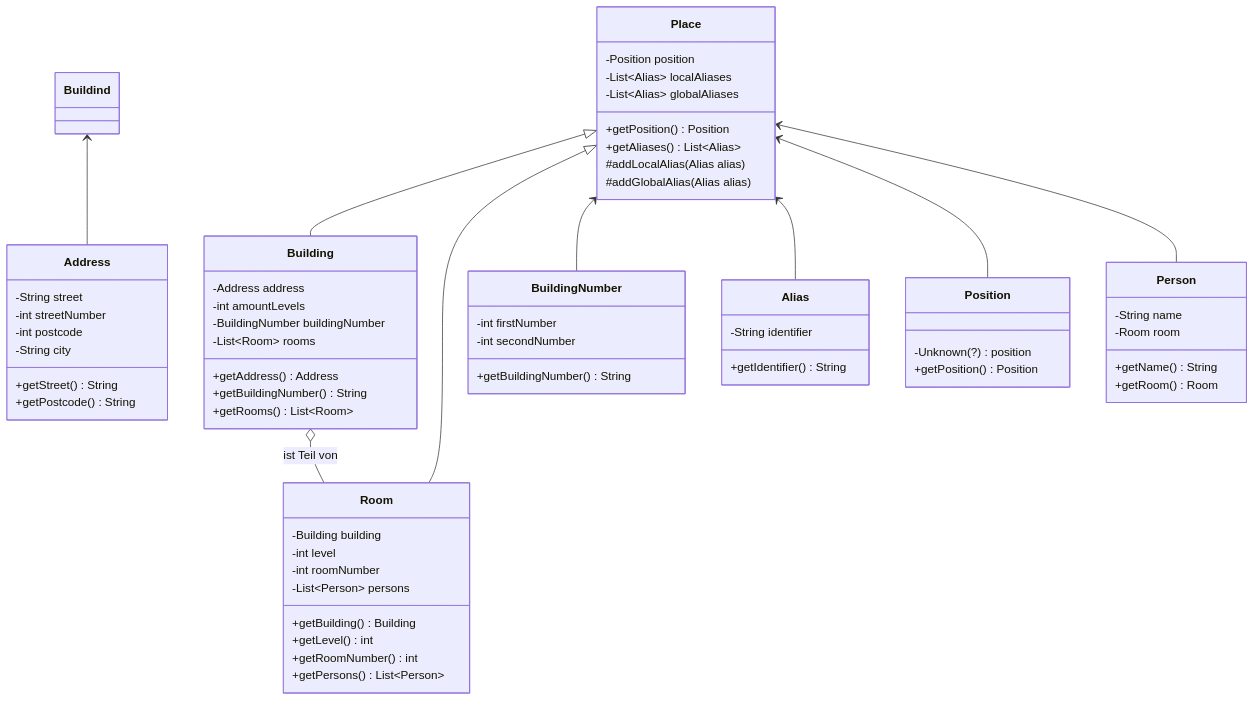
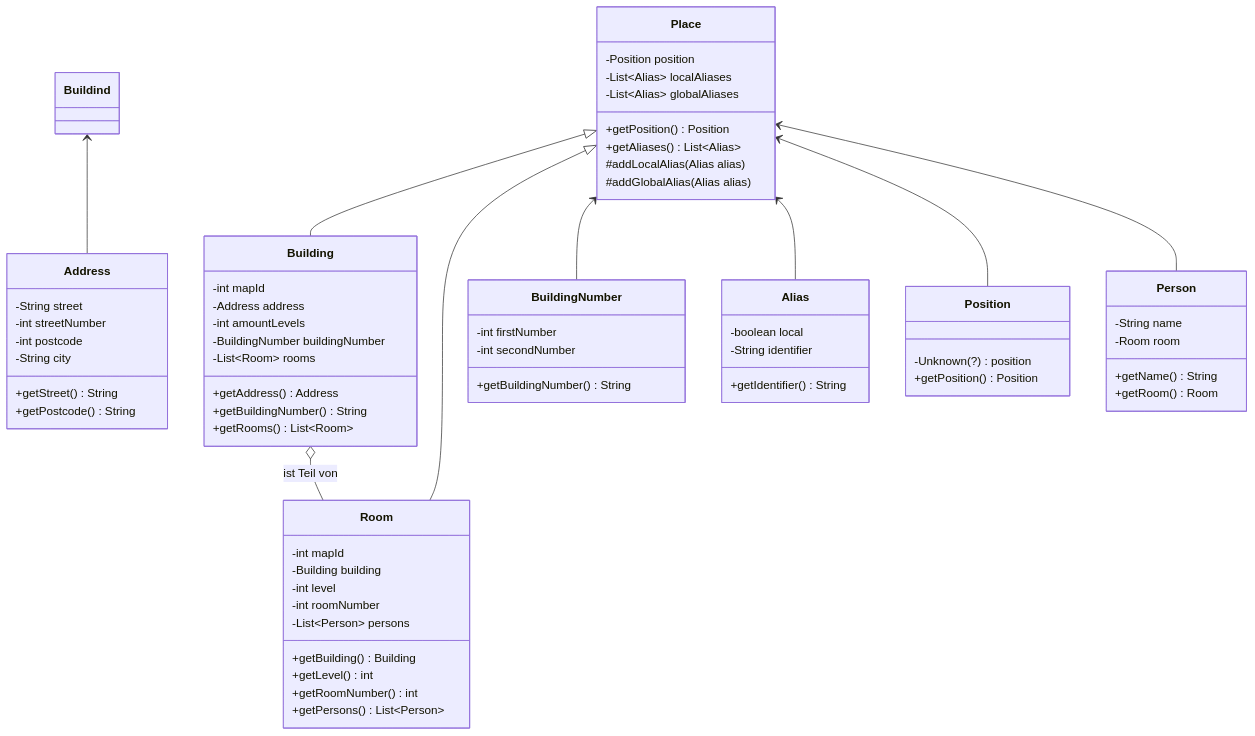
One commit to coderPaddyS/PSE_G3_Entwurf changed the diagram in Textuelle_Beschreibung/Grundbausteine/index.md. Above: the diagram before and after it, drawn with Mermaid. The commit also changed 1 other file, not shown here.

Commit message:
Added methode isLocal to class Alias in Grundbausteine.

````diff
--- a/Textuelle_Beschreibung/Grundbausteine/index.md
+++ b/Textuelle_Beschreibung/Grundbausteine/index.md
@@ -1,76 +1,79 @@
 ```mermaid
 classDiagram
     class Position {
         -Unknown(?) position
         +getPosition() Position
     }
 
     class Address {
         -String street
         -int streetNumber
         -int postcode
         -String city
         +getStreet() String
         +getPostcode() String
     }
 
     class Alias {
+        -boolean local
         -String identifier
         +getIdentifier() String
     }
 
     class Person {
         -String name
         -Room room
         +getName() String
         +getRoom() Room
     }
 
     class BuildingNumber {
         -int firstNumber
         -int secondNumber
         +getBuildingNumber() String
     }
 
     class Place {
         -Position position
         -List~Alias~ localAliases
         -List~Alias~ globalAliases
         +getPosition() Position
         +getAliases() List~Alias~
         #addLocalAlias(Alias alias)
         #addGlobalAlias(Alias alias)
     }
 
     class Building {
+        -int mapId
         -Address address
         -int amountLevels
         -BuildingNumber buildingNumber
         -List~Room~ rooms
         +getAddress() Address
         +getBuildingNumber() String
         +getRooms() List~Room~
     }
 
     class Room {
+        -int mapId
         -Building building
         -int level
         -int roomNumber
         -List~Person~ persons
         +getBuilding() Building
         +getLevel() int
         +getRoomNumber() int
         +getPersons() List~Person~
     }
 
 
     Place <|-- Building
     Place <|-- Room
     Building o-- Room : ist Teil von
     Place <-- BuildingNumber
     Place <-- Alias
     Place <-- Position
     Place <-- Person
     Buildind <-- Address
 
 ```
````
